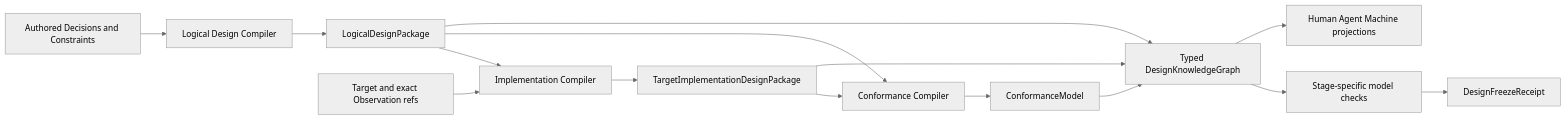
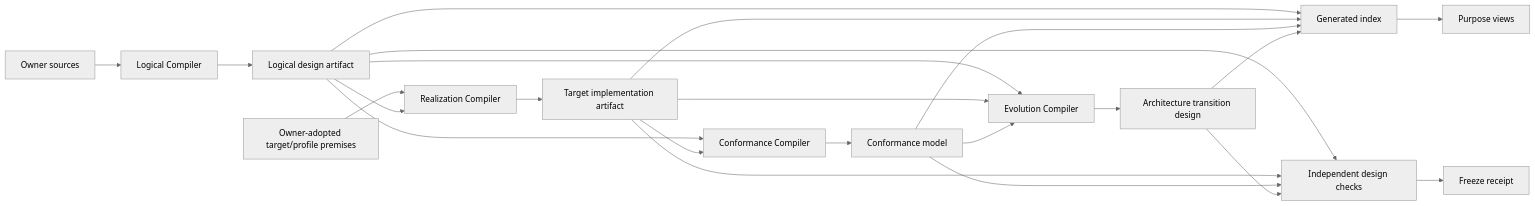
Before and after one commit to sec-platform/sec: the diagram in docs/design-calculus/freeze-and-evolution.md, drawn with Mermaid (neutral theme). The commit also changed other lines of this file and 37 other files, not shown here.

````diff
--- a/docs/design-calculus/freeze-and-evolution.md
+++ b/docs/design-calculus/freeze-and-evolution.md
@@ -172,17 +28,25 @@
 ```mermaid
 flowchart LR
-  A[Authored Decisions and Constraints] --> L[Logical Design Compiler]
-  L --> LP[LogicalDesignPackage]
-  O[Target and exact Observation refs] --> I[Implementation Compiler]
-  LP --> I
-  I --> IP[TargetImplementationDesignPackage]
+  S[Owner sources] --> L[Logical Compiler]
+  L --> LP[Logical design artifact]
+  T[Owner-adopted target/profile premises] --> R[Realization Compiler]
+  LP --> R
+  R --> IP[Target implementation artifact]
   LP --> C[Conformance Compiler]
   IP --> C
-  C --> CM[ConformanceModel]
-  LP --> K[Typed DesignKnowledgeGraph]
+  C --> CM[Conformance model]
+  LP --> E[Evolution Compiler]
+  IP --> E
+  CM --> E
+  E --> EP[Architecture transition design]
+  LP --> K[Generated index]
   IP --> K
   CM --> K
-  K --> M[Stage-specific model checks]
-  M --> F[DesignFreezeReceipt]
-  K --> V[Human Agent Machine projections]
+  EP --> K
+  LP --> F[Independent design checks]
+  IP --> F
+  CM --> F
+  EP --> F
+  F --> FR[Freeze receipt]
+  K --> V[Purpose views]
 ```
````
